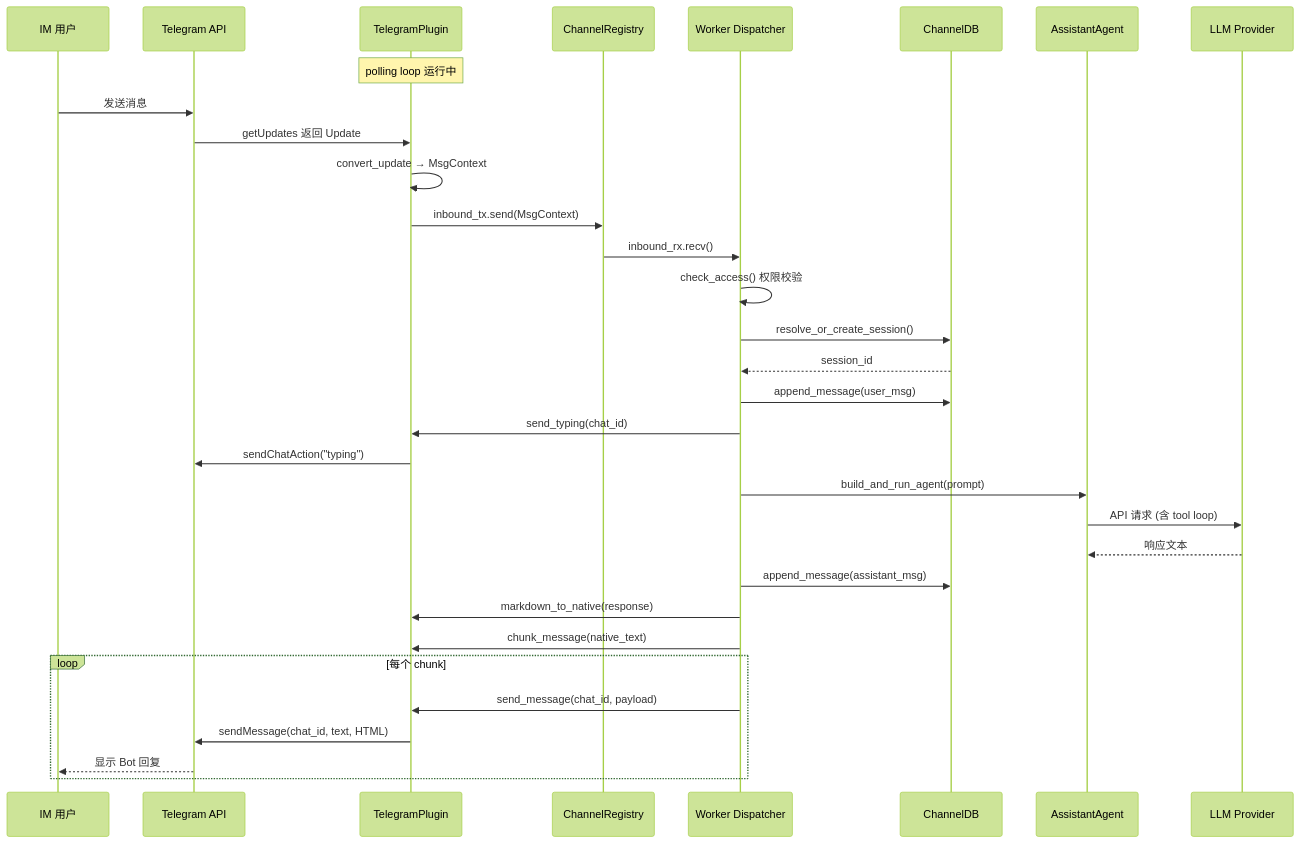
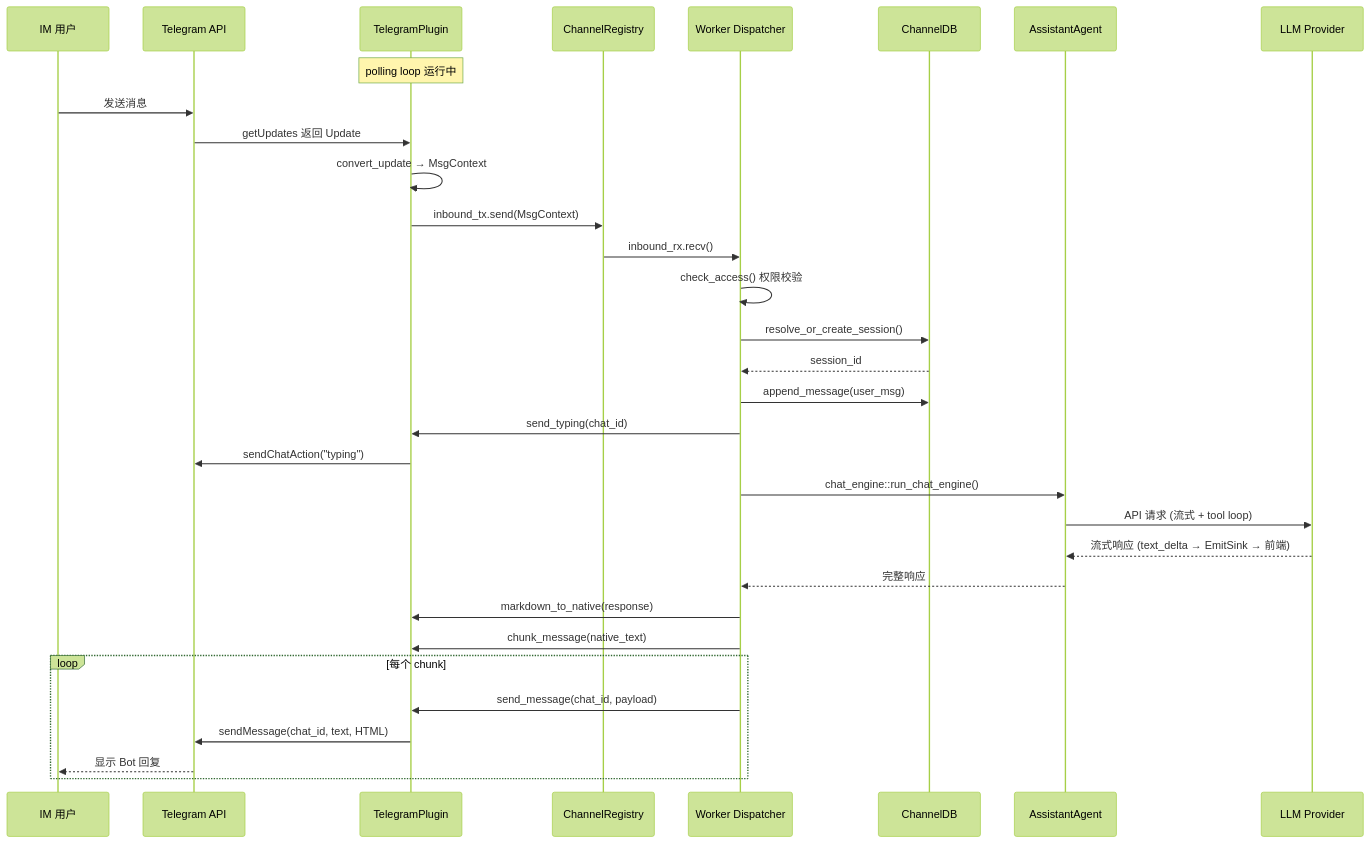
One commit to shiwenwen/hope-agent changed the second of 3 diagrams in docs/im-channel-architecture.md. Above: the diagram before and after it, drawn with Mermaid (forest theme). The commit also changed other lines of this file and 7 other files, not shown here.

First line of the commit message:
refactor: 提取共享 ChatEngine，Channel 聊天与 UI 聊天共用同一套 Agent 执行引擎

````diff
--- a/docs/im-channel-architecture.md
+++ b/docs/im-channel-architecture.md
@@ -360,41 +367,40 @@
 ```mermaid
 sequenceDiagram
     participant User as IM 用户
     participant TG as Telegram API
     participant Plugin as TelegramPlugin
     participant Registry as ChannelRegistry
     participant Worker as Worker Dispatcher
     participant DB as ChannelDB
     participant Agent as AssistantAgent
     participant LLM as LLM Provider
 
     Note over Plugin: polling loop 运行中
 
     User->>TG: 发送消息
     TG->>Plugin: getUpdates 返回 Update
     Plugin->>Plugin: convert_update → MsgContext
     Plugin->>Registry: inbound_tx.send(MsgContext)
     Registry->>Worker: inbound_rx.recv()
 
     Worker->>Worker: check_access() 权限校验
     Worker->>DB: resolve_or_create_session()
     DB-->>Worker: session_id
 
     Worker->>DB: append_message(user_msg)
     Worker->>Plugin: send_typing(chat_id)
     Plugin->>TG: sendChatAction("typing")
 
-    Worker->>Agent: build_and_run_agent(prompt)
-    Agent->>LLM: API 请求 (含 tool loop)
-    LLM-->>Agent: 响应文本
-
-    Worker->>DB: append_message(assistant_msg)
+    Worker->>Agent: chat_engine::run_chat_engine()
+    Agent->>LLM: API 请求 (流式 + tool loop)
+    LLM-->>Agent: 流式响应 (text_delta → EmitSink → 前端)
+    Agent-->>Worker: 完整响应
     Worker->>Plugin: markdown_to_native(response)
     Worker->>Plugin: chunk_message(native_text)
 
     loop 每个 chunk
         Worker->>Plugin: send_message(chat_id, payload)
         Plugin->>TG: sendMessage(chat_id, text, HTML)
         TG-->>User: 显示 Bot 回复
     end
 ```
````
